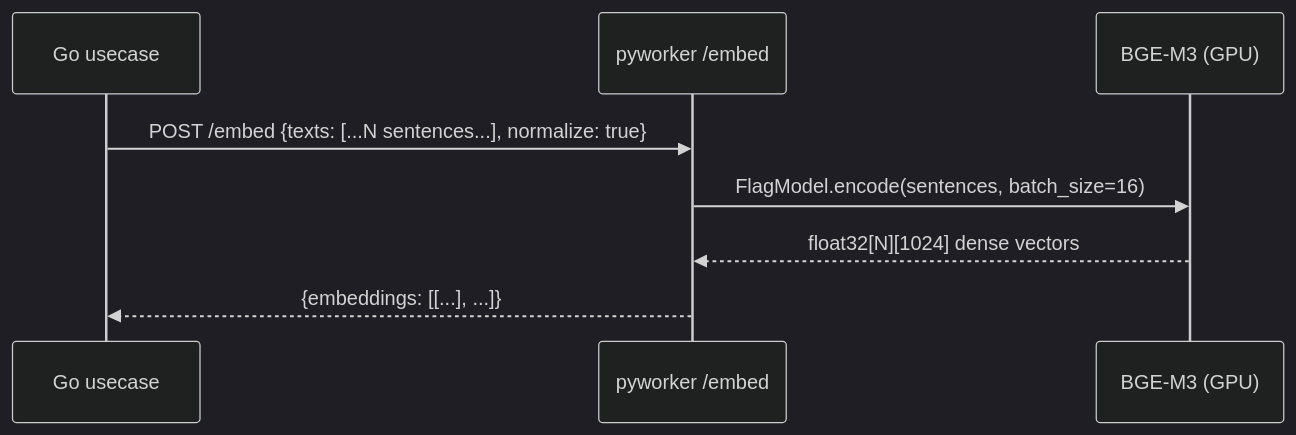
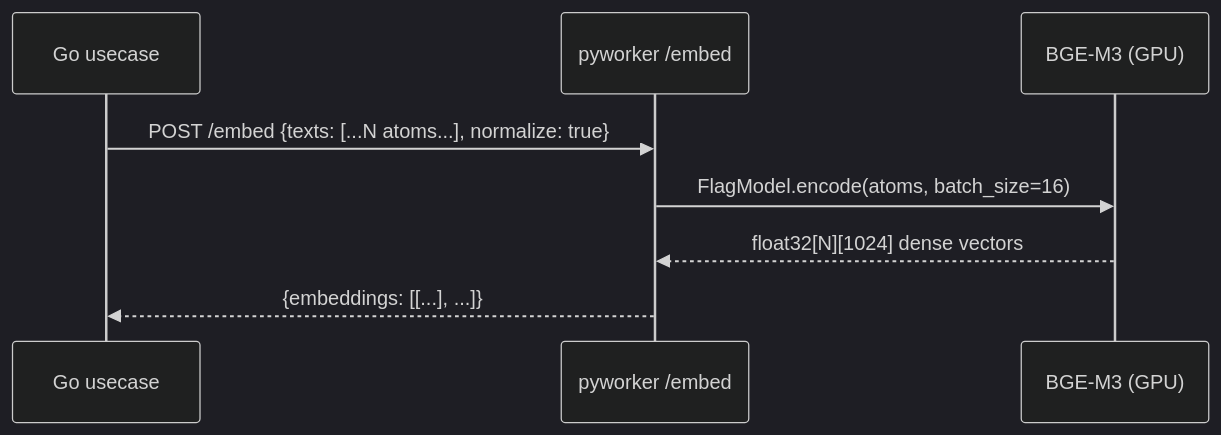
Before and after one commit to amit-upadhyay-IT/blog.dwar-ai.org: the fourth of 16 diagrams in src/content/docs/amit/blog-semantic-chunking-valley-detection.md, drawn with Mermaid (dark theme). The commit also changed other lines of this file, not shown here.

Commit message:
refactor semantic chunking post

````diff
--- a/src/content/docs/amit/blog-semantic-chunking-valley-detection.md
+++ b/src/content/docs/amit/blog-semantic-chunking-valley-detection.md
@@ -125,11 +115,11 @@
 ```mermaid
 sequenceDiagram
     participant Go as Go usecase
     participant Worker as pyworker /embed
     participant BGE as BGE-M3 (GPU)
 
-    Go->>Worker: POST /embed {texts: [...N sentences...], normalize: true}
-    Worker->>BGE: FlagModel.encode(sentences, batch_size=16)
+    Go->>Worker: POST /embed {texts: [...N atoms...], normalize: true}
+    Worker->>BGE: FlagModel.encode(atoms, batch_size=16)
     BGE-->>Worker: float32[N][1024] dense vectors
     Worker-->>Go: {embeddings: [[...], ...]}
 ```
````
